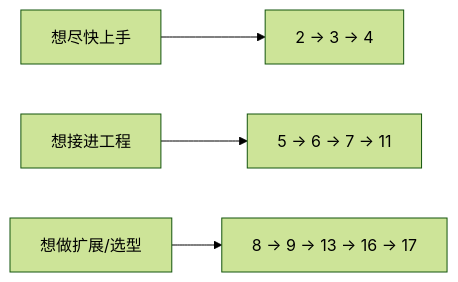
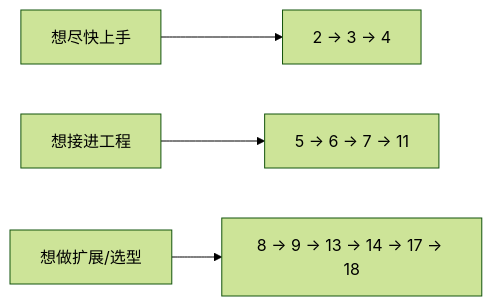
One commit to fxjs/ai-coding-agents-book changed the diagram in README.md. Above: the diagram before and after it, drawn with Mermaid (forest theme). The commit also changed other lines of this file and 12 other files, not shown here.

````diff
--- a/README.md
+++ b/README.md
@@ -74,6 +74,6 @@
 ```mermaid
 flowchart LR
   A[想尽快上手] --> A1[2 → 3 → 4]
   B[想接进工程] --> B1[5 → 6 → 7 → 11]
-  C[想做扩展/选型] --> C1[8 → 9 → 13 → 16 → 17]
+  C[想做扩展/选型] --> C1[8 → 9 → 13 → 14 → 17 → 18]
 ```
````
